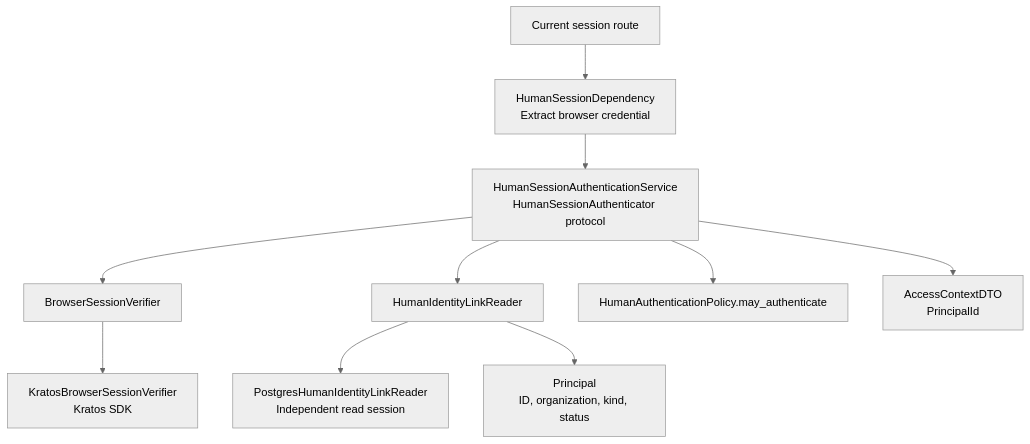
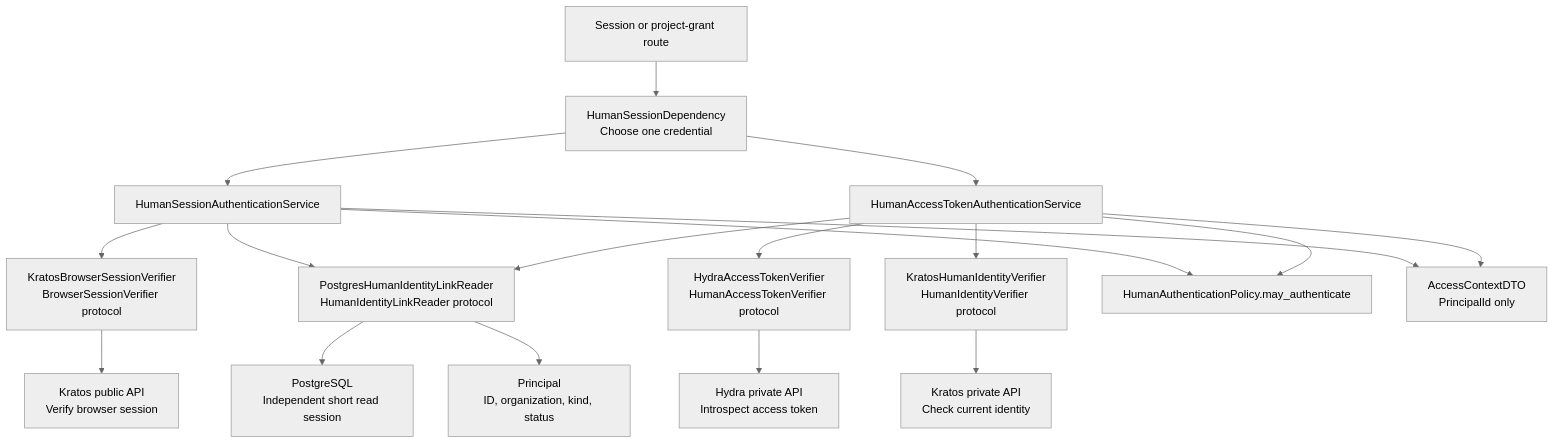
The first of 2 diagrams in docs/development/application-structure.md (matejpalenik/inframeld), drawn with Mermaid (neutral theme) before and after one commit. The commit also changed other lines of this file and 7 other files, not shown here.

Commit message:
docs(access): document implemented human bearer authentication

````diff
--- a/docs/development/application-structure.md
+++ b/docs/development/application-structure.md
@@ -291,12 +303,20 @@
 ```mermaid
 flowchart TD
-    Route["Current session route"] --> Dependency["HumanSessionDependency<br/>Extract browser credential"]
-    Dependency --> Service["HumanSessionAuthenticationService<br/>HumanSessionAuthenticator protocol"]
-    Service --> Verifier["BrowserSessionVerifier"]
-    Verifier --> Kratos["KratosBrowserSessionVerifier<br/>Kratos SDK"]
-    Service --> Reader["HumanIdentityLinkReader"]
-    Reader --> Postgres["PostgresHumanIdentityLinkReader<br/>Independent read session"]
+    Route["Session or project-grant route"] --> Dependency["HumanSessionDependency<br/>Choose one credential"]
+    Dependency --> Cookie["HumanSessionAuthenticationService"]
+    Dependency --> Bearer["HumanAccessTokenAuthenticationService"]
+    Cookie --> SessionVerifier["KratosBrowserSessionVerifier<br/>BrowserSessionVerifier protocol"]
+    SessionVerifier --> KratosPublic["Kratos public API<br/>Verify browser session"]
+    Bearer --> TokenVerifier["HydraAccessTokenVerifier<br/>HumanAccessTokenVerifier protocol"]
+    TokenVerifier --> Hydra["Hydra private API<br/>Introspect access token"]
+    Bearer --> IdentityVerifier["KratosHumanIdentityVerifier<br/>HumanIdentityVerifier protocol"]
+    IdentityVerifier --> KratosAdmin["Kratos private API<br/>Check current identity"]
+    Cookie --> Reader["PostgresHumanIdentityLinkReader<br/>HumanIdentityLinkReader protocol"]
+    Bearer --> Reader
+    Reader --> Postgres["PostgreSQL<br/>Independent short read session"]
     Reader --> Principal["Principal<br/>ID, organization, kind, status"]
-    Service --> Policy["HumanAuthenticationPolicy.may_authenticate"]
-    Service --> Context["AccessContextDTO<br/>PrincipalId"]
+    Cookie --> Policy["HumanAuthenticationPolicy.may_authenticate"]
+    Bearer --> Policy
+    Cookie --> Context["AccessContextDTO<br/>PrincipalId only"]
+    Bearer --> Context
 ```
````
